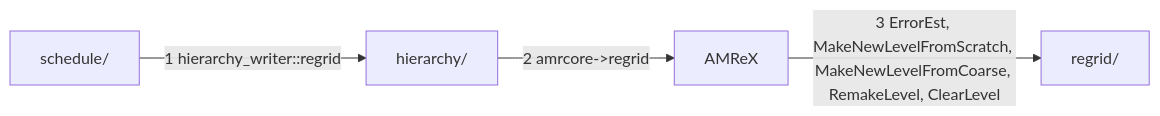
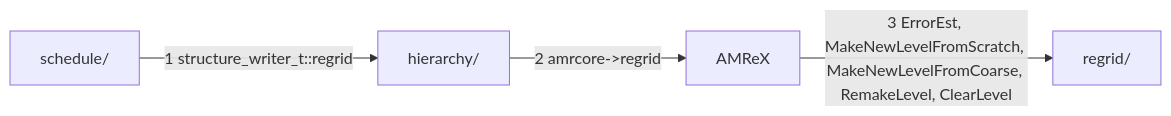
Before and after one commit to lwJi/CarpetX: the third of 3 diagrams in agent_docs/carpetx-internals.md, drawn with Mermaid. The commit also changed 17 other files, not shown here.

````diff
--- a/agent_docs/carpetx-internals.md
+++ b/agent_docs/carpetx-internals.md
@@ -91,10 +91,10 @@
 ```mermaid
 flowchart LR
   amrex["AMReX"]
   schedule["schedule/"]
   regrid["regrid/"]
   hierarchy["hierarchy/"]
-  schedule -- "1 hierarchy_writer::regrid" --> hierarchy
+  schedule -- "1 structure_writer_t::regrid" --> hierarchy
   hierarchy -- "2 amrcore->regrid" --> amrex
   amrex -- "3 ErrorEst, MakeNewLevelFromScratch, MakeNewLevelFromCoarse, RemakeLevel, ClearLevel" --> regrid
 ```
````
